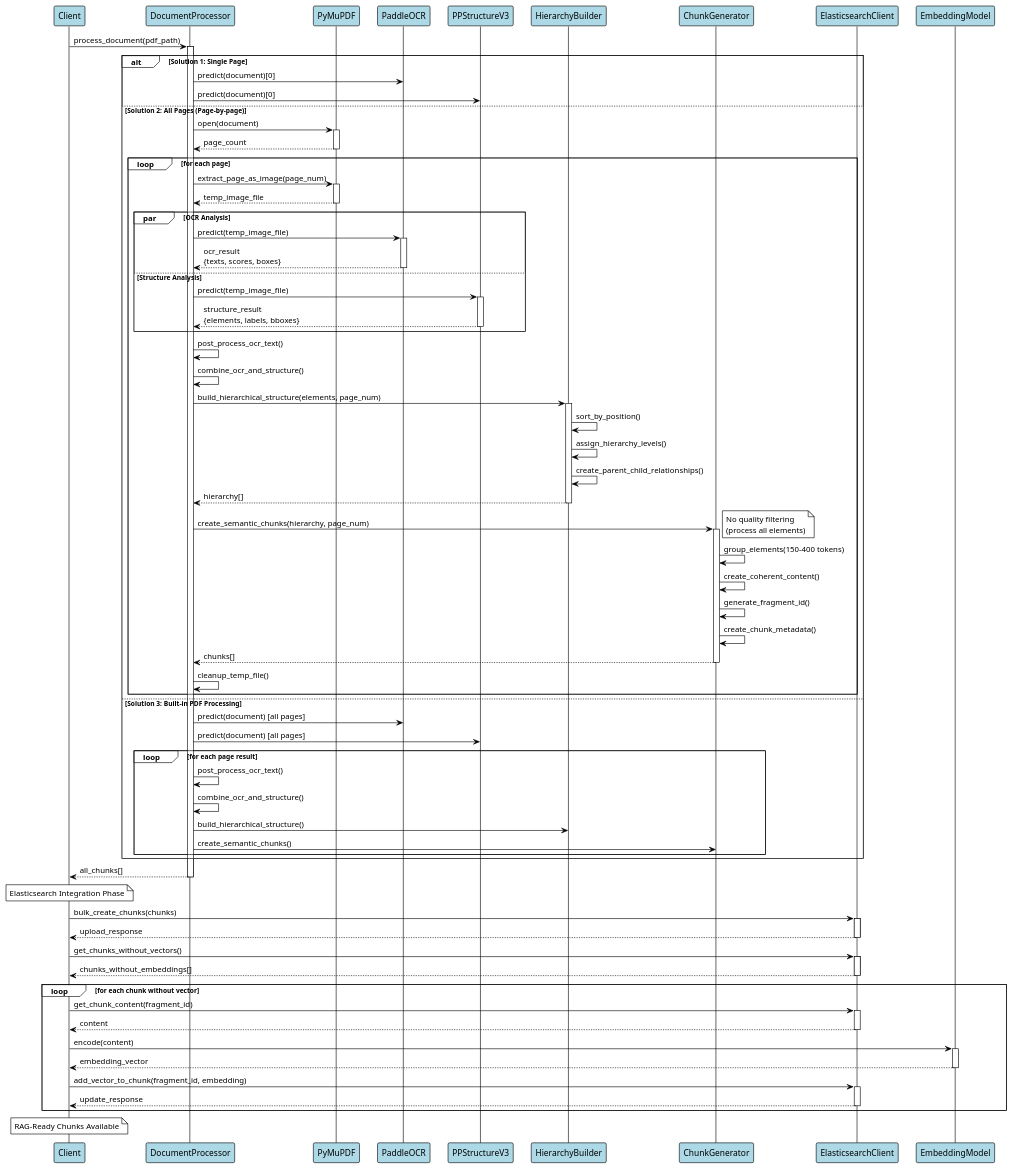
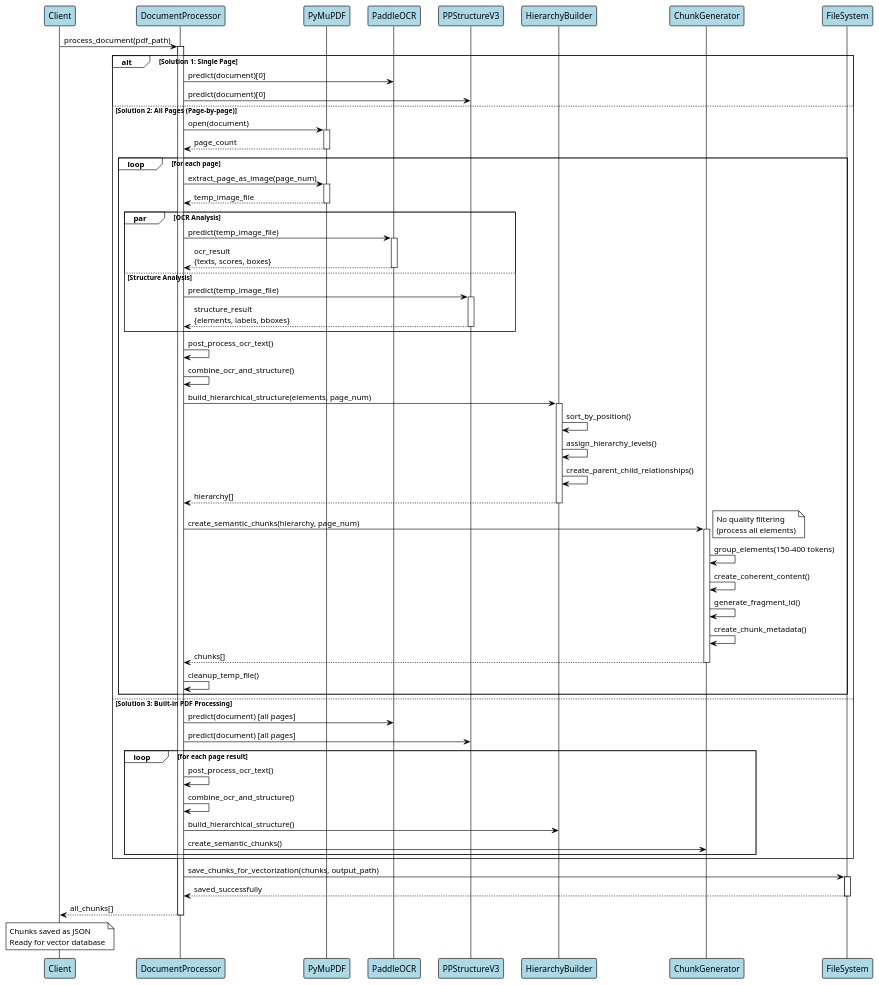
The diagram in diagrams/sequence_diagram.puml (devulogi/customocr), drawn with PlantUML before and after one commit. The commit also changed 3 other files, not shown here.

First line of the commit message:
docs: update diagrams to reflect final streamlined processing

```diff
--- a/diagrams/sequence_diagram.puml
+++ b/diagrams/sequence_diagram.puml
@@ -1,117 +1,92 @@
 @startuml Enhanced Document Processor Sequence Diagram
 !theme plain
 skinparam participant {
     BackgroundColor lightblue
     BorderColor black
 }
 
 participant "Client" as C
 participant "DocumentProcessor" as DP
 participant "PyMuPDF" as PDF
 participant "PaddleOCR" as OCR
 participant "PPStructureV3" as PS
 participant "HierarchyBuilder" as HB
 participant "ChunkGenerator" as CG
-participant "ElasticsearchClient" as ES
-participant "EmbeddingModel" as EM
+participant "FileSystem" as FS
 
 C -> DP: process_document(pdf_path)
 activate DP
 
 alt Solution 1: Single Page
     DP -> OCR: predict(document)[0]
     DP -> PS: predict(document)[0]
 else Solution 2: All Pages (Page-by-page)
     DP -> PDF: open(document)
     activate PDF
     PDF --> DP: page_count
     deactivate PDF
     
     loop for each page
         DP -> PDF: extract_page_as_image(page_num)
         activate PDF
         PDF --> DP: temp_image_file
         deactivate PDF
         
         par OCR Analysis
             DP -> OCR: predict(temp_image_file)
             activate OCR
             OCR --> DP: ocr_result\n{texts, scores, boxes}
             deactivate OCR
         else Structure Analysis
             DP -> PS: predict(temp_image_file)
             activate PS
             PS --> DP: structure_result\n{elements, labels, bboxes}
             deactivate PS
         end
         
         DP -> DP: post_process_ocr_text()
         DP -> DP: combine_ocr_and_structure()
         
         DP -> HB: build_hierarchical_structure(elements, page_num)
         activate HB
         HB -> HB: sort_by_position()
         HB -> HB: assign_hierarchy_levels()
         HB -> HB: create_parent_child_relationships()
         HB --> DP: hierarchy[]
         deactivate HB
         
         DP -> CG: create_semantic_chunks(hierarchy, page_num)
         activate CG
         note right: No quality filtering\n(process all elements)
         CG -> CG: group_elements(150-400 tokens)
         CG -> CG: create_coherent_content()
         CG -> CG: generate_fragment_id()
         CG -> CG: create_chunk_metadata()
         CG --> DP: chunks[]
         deactivate CG
         
         DP -> DP: cleanup_temp_file()
     end
 else Solution 3: Built-in PDF Processing
     DP -> OCR: predict(document) [all pages]
     DP -> PS: predict(document) [all pages]
     
     loop for each page result
         DP -> DP: post_process_ocr_text()
         DP -> DP: combine_ocr_and_structure()
         DP -> HB: build_hierarchical_structure()
         DP -> CG: create_semantic_chunks()
     end
 end
 
+DP -> FS: save_chunks_for_vectorization(chunks, output_path)
+activate FS
+FS --> DP: saved_successfully
+deactivate FS
+
 DP --> C: all_chunks[]
 deactivate DP
 
-note over C: Elasticsearch Integration Phase
-
-C -> ES: bulk_create_chunks(chunks)
-activate ES
-ES --> C: upload_response
-deactivate ES
-
-C -> ES: get_chunks_without_vectors()
-activate ES
-ES --> C: chunks_without_embeddings[]
-deactivate ES
-
-loop for each chunk without vector
-    C -> ES: get_chunk_content(fragment_id)
-    activate ES
-    ES --> C: content
-    deactivate ES
-    
-    C -> EM: encode(content)
-    activate EM
-    EM --> C: embedding_vector
-    deactivate EM
-    
-    C -> ES: add_vector_to_chunk(fragment_id, embedding)
-    activate ES
-    ES --> C: update_response
-    deactivate ES
-end
-
-note over C: RAG-Ready Chunks Available
+note over C: Chunks saved as JSON\nReady for vector database
 
 @enduml
```
